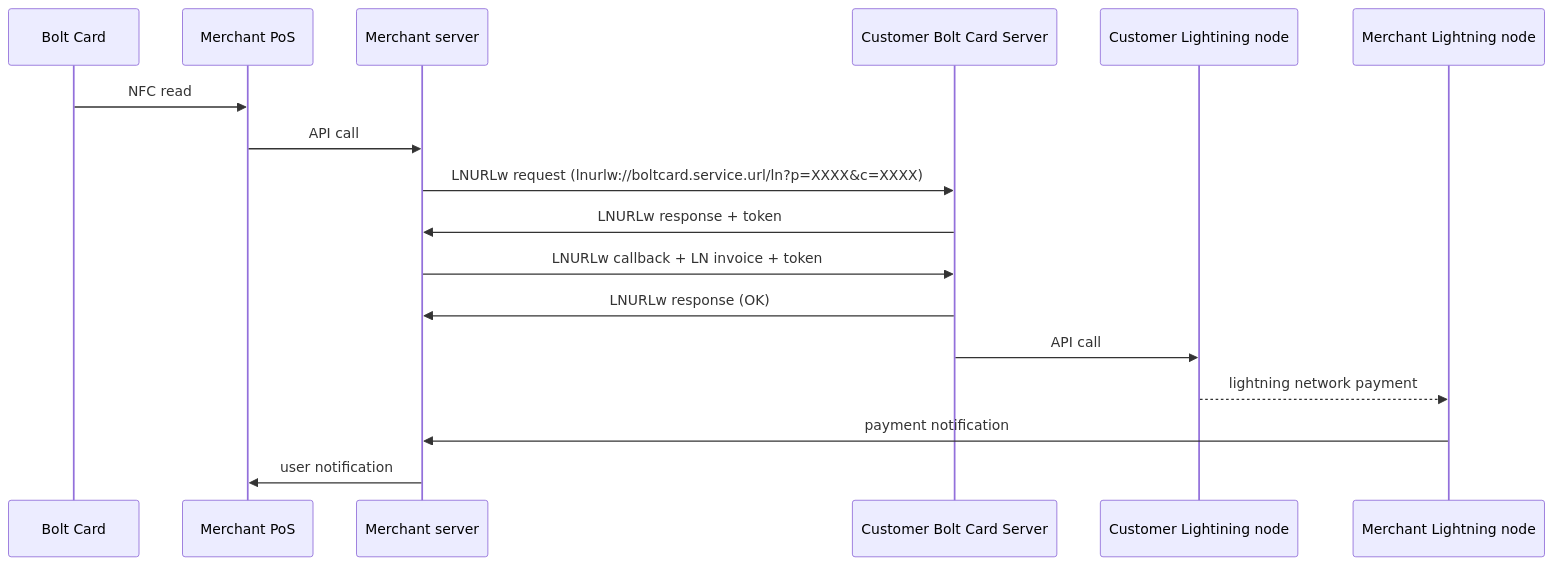
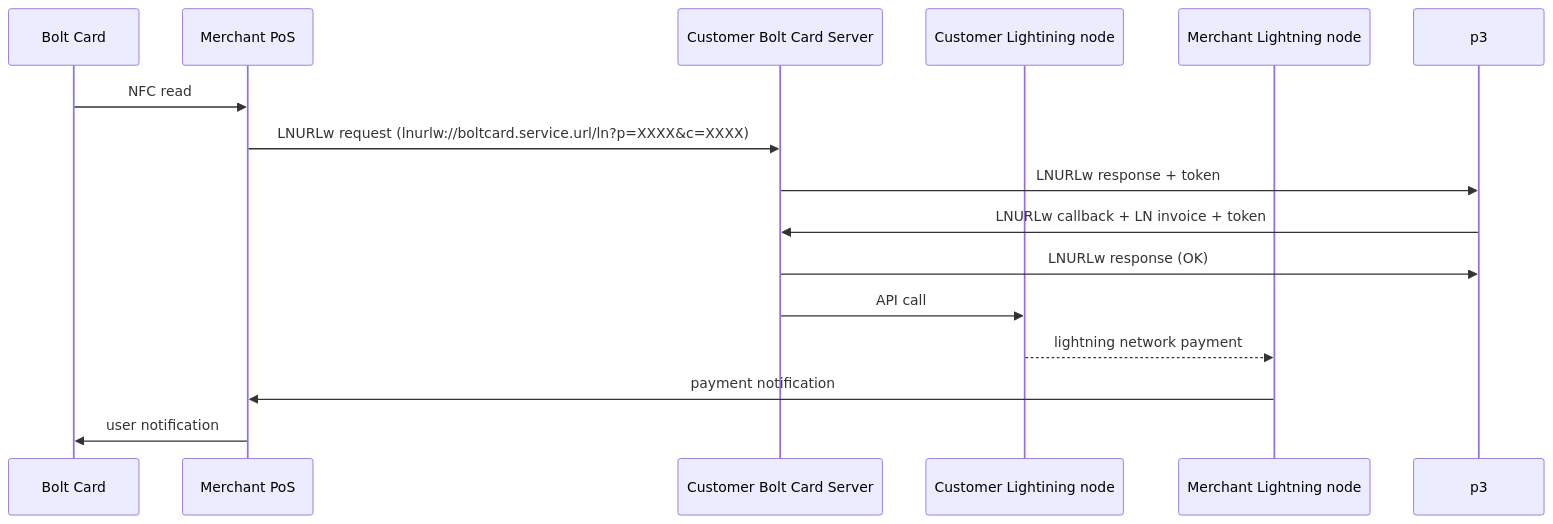
One commit to robertclarkson/mockend changed the diagram in system.MD. Above: the diagram before and after it, drawn with Mermaid.

````diff
--- a/system.MD
+++ b/system.MD
@@ -3,19 +3,17 @@
 ```mermaid
 sequenceDiagram
     participant p1 as Bolt Card
     participant p2 as Merchant PoS
-    participant p3 as Merchant server
     participant p4 as Customer Bolt Card Server
     participant p5 as Customer Lightining node
     participant p6 as Merchant Lightning node
     p1->>p2: NFC read
-    p2->>p3: API call
-    p3->>p4: LNURLw request (lnurlw://boltcard.service.url/ln?p=XXXX&c=XXXX)
+    p2->>p4: LNURLw request (lnurlw://boltcard.service.url/ln?p=XXXX&c=XXXX)
     p4->>p3: LNURLw response + token
     p3->>p4: LNURLw callback + LN invoice + token
     p4->>p3: LNURLw response (OK)
     p4->>p5: API call
     p5-->>p6: lightning network payment
-    p6->>p3: payment notification
-    p3->>p2: user notification
+    p6->>p2: payment notification
+    p2->>p1: user notification
 ```
````
